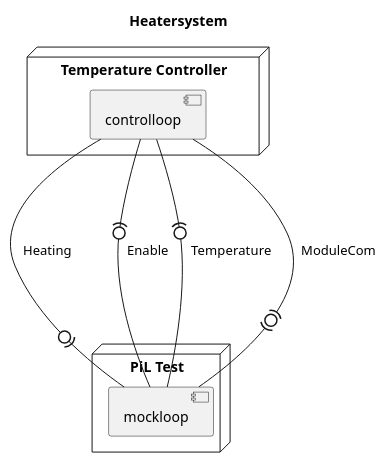
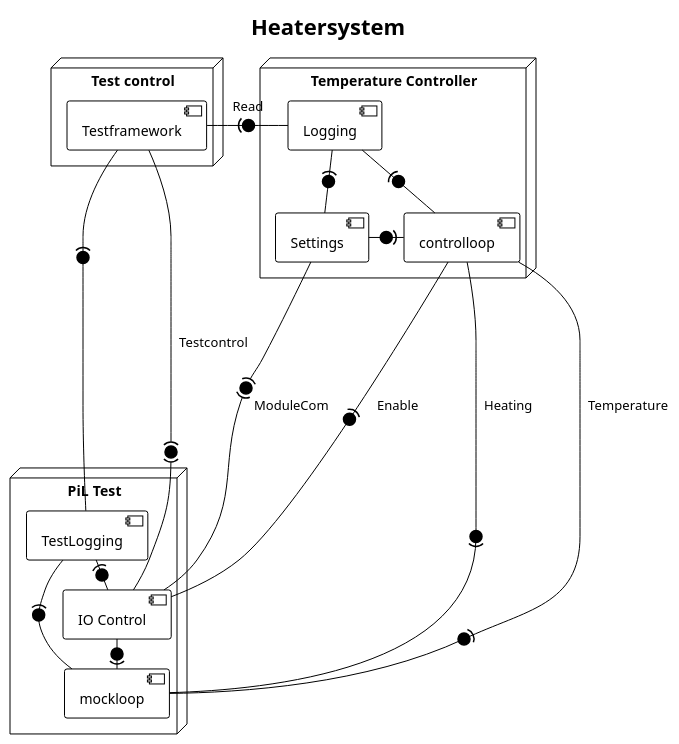
The diagram in doc/system.puml (sukapx/embedded-bdd), drawn with PlantUML before and after one commit. The commit also changed 2 other files, not shown here.

```diff
--- a/doc/system.puml
+++ b/doc/system.puml
@@ -1,19 +1,42 @@
 @startuml
-	skinparam componentStyle uml2
+!theme plain
 
-	title Heatersystem
+skinparam componentStyle uml2
 
-	node "Temperature Controller" {
-    [controlloop]
-	}
+title Heatersystem
 
-  node "PiL Test" {
-    [mockloop]
-  }
+node "Temperature Controller" {
+  [controlloop]
+  [Settings]
+  [Logging]
 
-  [controlloop] -0)- [mockloop] : Heating
-  [controlloop] -(0- [mockloop] : Enable
-  [controlloop] -(0- [mockloop] : Temperature
-  [controlloop] --(0)-- [mockloop] : ModuleCom
+  [controlloop] -right(0- [Settings]
+  [Logging] -(0- [Settings]
+  [Logging] -(0- [controlloop]
+}
+
+node "PiL Test" {
+  [mockloop]
+  [IO Control]
+  [TestLogging]
+
+  [IO Control] -right0)- [mockloop]
+  [TestLogging] -(0- [mockloop]
+  [TestLogging] -right(0- [IO Control]
+}
+
+node "Test control" {
+  [Testframework]
+}
+
+[controlloop] --0)-- [mockloop] : Heating
+[controlloop] --(0-- [IO Control] : Enable
+[controlloop] -(0-- [mockloop] : Temperature
+
+[Settings] -(0)- [IO Control] : ModuleCom
+
+[Testframework] --right(0)-- [IO Control] : Testcontrol
+[Testframework] --right(0-- [Logging] : Read
+[Testframework] --right(0-- [TestLogging]
 
 @enduml
```
